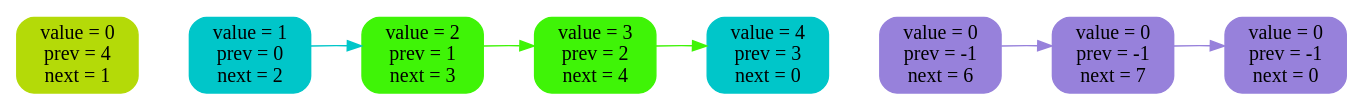
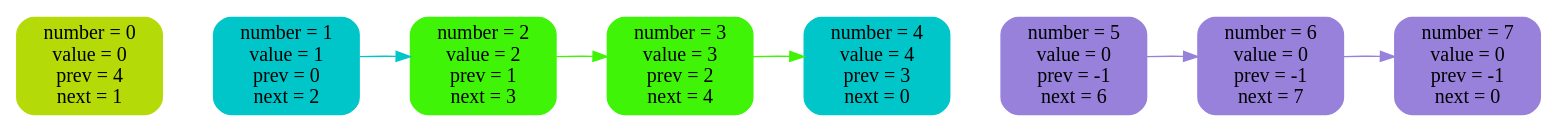
Before and after one commit to 2210223t-lang/2-linked-list: the diagram in list_log/img/6.dot, drawn with Graphviz. The commit also changed 16 other files, not shown here.

```diff
--- a/list_log/img/6.dot
+++ b/list_log/img/6.dot
@@ -1,23 +1,23 @@
 digraph {
 rankdir = LR
-n0 [ label = "value = 0\nprev = 4\nnext = 1", shape = Mrecord, fontsize = 14,style = filled, color = "#b4da08" ]
-n1 [ label = "value = 1\nprev = 0\nnext = 2", shape = Mrecord, fontsize = 14,style = filled, color = "#00c6c9" ]
-n2 [ label = "value = 2\nprev = 1\nnext = 3", shape = Mrecord, fontsize = 14,style = filled, color = "#3ff407" ]
-n3 [ label = "value = 3\nprev = 2\nnext = 4", shape = Mrecord, fontsize = 14,style = filled, color = "#3ff407" ]
-n4 [ label = "value = 4\nprev = 3\nnext = 0", shape = Mrecord, fontsize = 14,style = filled, color = "#00c6c9" ]
-n5 [ label = "value = 0\nprev = -1\nnext = 6", shape = Mrecord, fontsize = 14,style = filled, color = "#9781db" ]
-n6 [ label = "value = 0\nprev = -1\nnext = 7", shape = Mrecord, fontsize = 14,style = filled, color = "#9781db" ]
-n7 [ label = "value = 0\nprev = -1\nnext = 0", shape = Mrecord, fontsize = 14,style = filled, color = "#9781db" ]
+n0 [ label = "number = 0\nvalue = 0\nprev = 4\nnext = 1", shape = Mrecord, fontsize = 14,style = filled, color = "#b4da08" ]
+n1 [ label = "number = 1\nvalue = 1\nprev = 0\nnext = 2", shape = Mrecord, fontsize = 14,style = filled, color = "#00c6c9" ]
+n2 [ label = "number = 2\nvalue = 2\nprev = 1\nnext = 3", shape = Mrecord, fontsize = 14,style = filled, color = "#3ff407" ]
+n3 [ label = "number = 3\nvalue = 3\nprev = 2\nnext = 4", shape = Mrecord, fontsize = 14,style = filled, color = "#3ff407" ]
+n4 [ label = "number = 4\nvalue = 4\nprev = 3\nnext = 0", shape = Mrecord, fontsize = 14,style = filled, color = "#00c6c9" ]
+n5 [ label = "number = 5\nvalue = 0\nprev = -1\nnext = 6", shape = Mrecord, fontsize = 14,style = filled, color = "#9781db" ]
+n6 [ label = "number = 6\nvalue = 0\nprev = -1\nnext = 7", shape = Mrecord, fontsize = 14,style = filled, color = "#9781db" ]
+n7 [ label = "number = 7\nvalue = 0\nprev = -1\nnext = 0", shape = Mrecord, fontsize = 14,style = filled, color = "#9781db" ]
 n0 -> n1 [ style = invis, weight = 100 ]
 n1 -> n2 [ style = invis, weight = 100 ]
 n2 -> n3 [ style = invis, weight = 100 ]
 n3 -> n4 [ style = invis, weight = 100 ]
 n4 -> n5 [ style = invis, weight = 100 ]
 n5 -> n6 [ style = invis, weight = 100 ]
 n6 -> n7 [ style = invis, weight = 100 ]
 n1 -> n2 [style = filled, color = "#00c6c9" ]
 n2 -> n3 [style = filled, color = "#3ff407" ]
 n3 -> n4 [style = filled, color = "#3ff407" ]
 n5 -> n6 [style = filled, color = "#9781db" ]
 n6 -> n7 [style = filled, color = "#9781db" ]
 }
```
